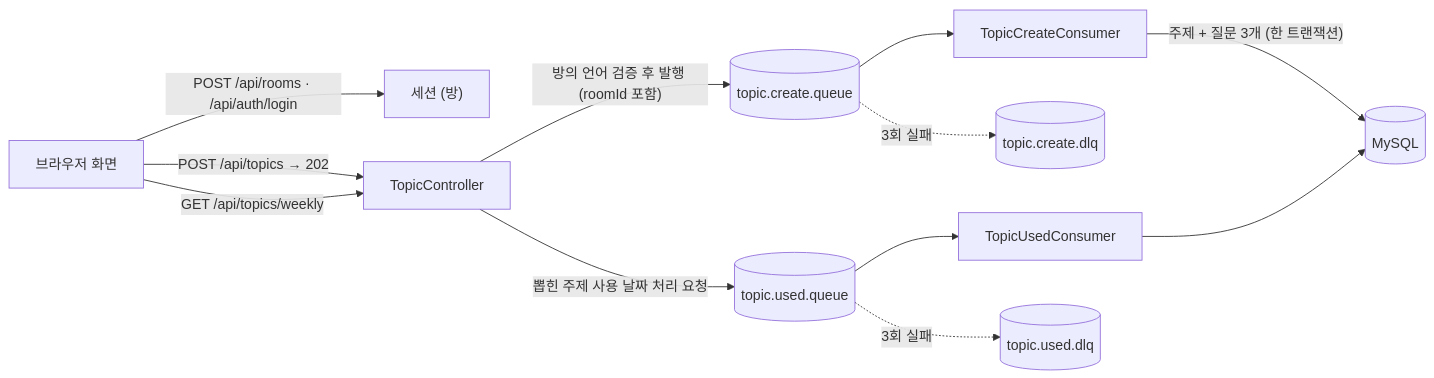
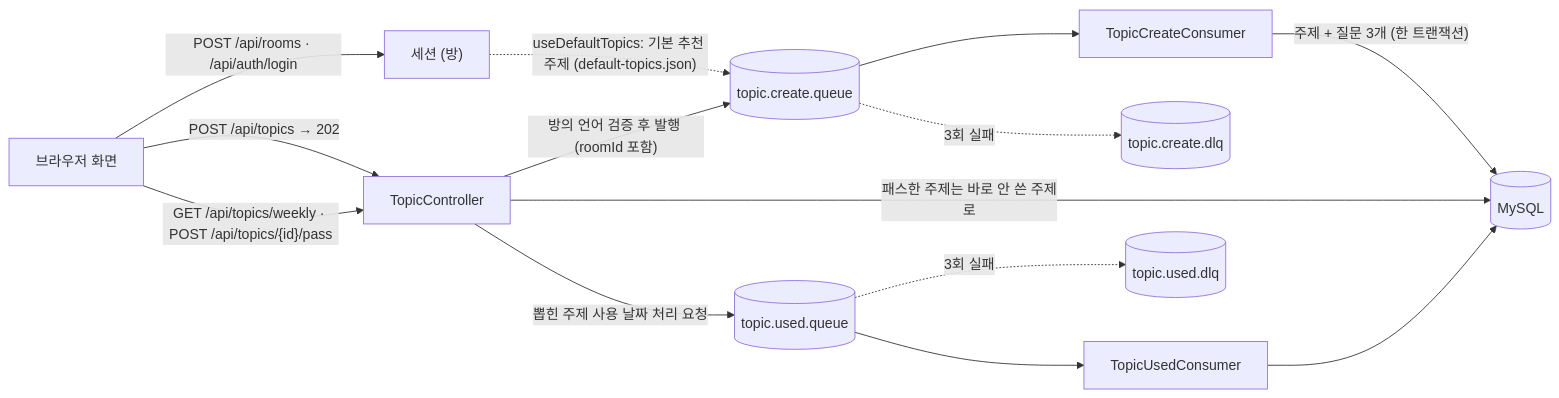
The diagram in README.md (EauLune01/language-exchange), drawn with Mermaid before and after one commit. The commit also changed other lines of this file and 25 other files, not shown here.

````diff
--- a/README.md
+++ b/README.md
@@ -28,15 +30,17 @@
 ```mermaid
 flowchart LR
     A["브라우저 화면"] -->|"POST /api/rooms · /api/auth/login"| S["세션 (방)"]
+    S -. "useDefaultTopics: 기본 추천 주제 (default-topics.json)" .-> C
     A -->|"POST /api/topics → 202"| B["TopicController"]
     B -->|"방의 언어 검증 후 발행 (roomId 포함)"| C[("topic.create.queue")]
     C --> D["TopicCreateConsumer"]
     D -->|"주제 + 질문 3개 (한 트랜잭션)"| E[("MySQL")]
     C -. "3회 실패" .-> F[("topic.create.dlq")]
 
-    A -->|"GET /api/topics/weekly"| B
+    A -->|"GET /api/topics/weekly · POST /api/topics/{id}/pass"| B
+    B -->|"패스한 주제는 바로 안 쓴 주제로"| E
     B -->|"뽑힌 주제 사용 날짜 처리 요청"| G[("topic.used.queue")]
     G --> H["TopicUsedConsumer"]
     H --> E
     G -. "3회 실패" .-> I[("topic.used.dlq")]
 ```
````
